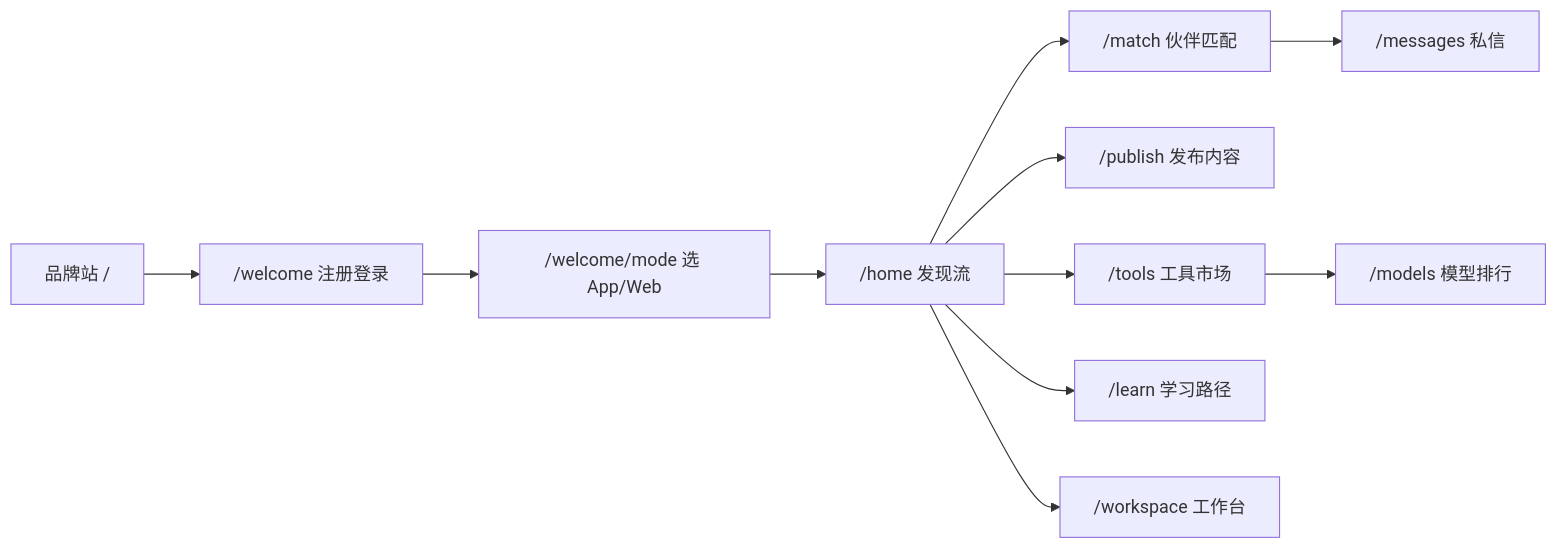
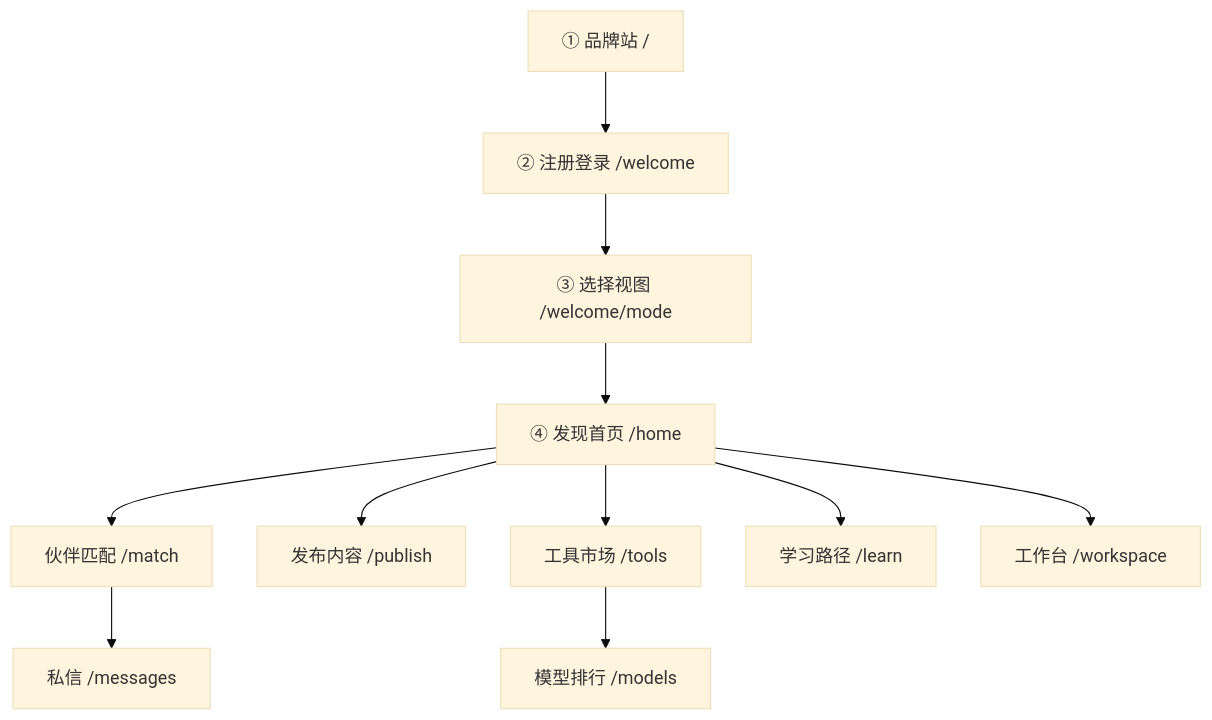
The second of 13 diagrams in README.md (FrankDengAI/founder-bridge-AI), drawn with Mermaid before and after one commit. The commit also changed other lines of this file and 1 other file, not shown here.

````diff
--- a/README.md
+++ b/README.md
@@ -218,13 +457,21 @@
 ```mermaid
-flowchart LR
-  Landing["品牌站 /"] --> Welcome["/welcome 注册登录"]
-  Welcome --> Mode["/welcome/mode 选 App/Web"]
-  Mode --> Home["/home 发现流"]
-  Home --> Match["/match 伙伴匹配"]
-  Home --> Publish["/publish 发布内容"]
-  Home --> Tools["/tools 工具市场"]
-  Match --> Messages["/messages 私信"]
-  Home --> Learn["/learn 学习路径"]
-  Tools --> Models["/models 模型排行"]
-  Home --> Workspace["/workspace 工作台"]
+%%{init: {'theme': 'base', 'themeVariables': {'fontSize': '16px'}, 'flowchart': {'nodeSpacing': 40, 'rankSpacing': 55}}}%%
+flowchart TB
+  Landing["① 品牌站 /"]
+  Welcome["② 注册登录 /welcome"]
+  Mode["③ 选择视图 /welcome/mode"]
+  Home["④ 发现首页 /home"]
+
+  Landing --> Welcome
+  Welcome --> Mode
+  Mode --> Home
+
+  Home --> Match["伙伴匹配 /match"]
+  Home --> Publish["发布内容 /publish"]
+  Home --> Tools["工具市场 /tools"]
+  Home --> Learn["学习路径 /learn"]
+  Home --> Workspace["工作台 /workspace"]
+
+  Match --> Messages["私信 /messages"]
+  Tools --> Models["模型排行 /models"]
 ```
````
